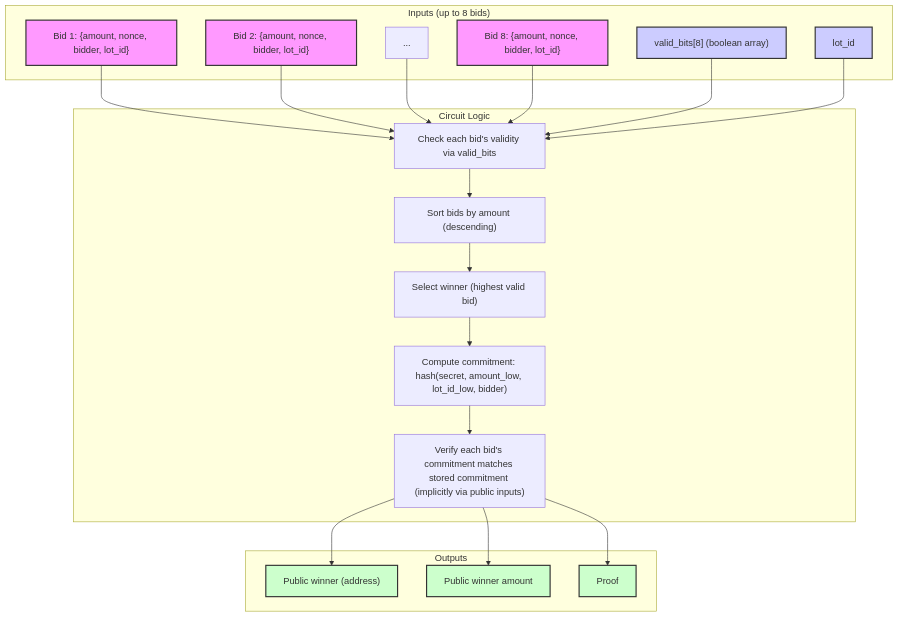
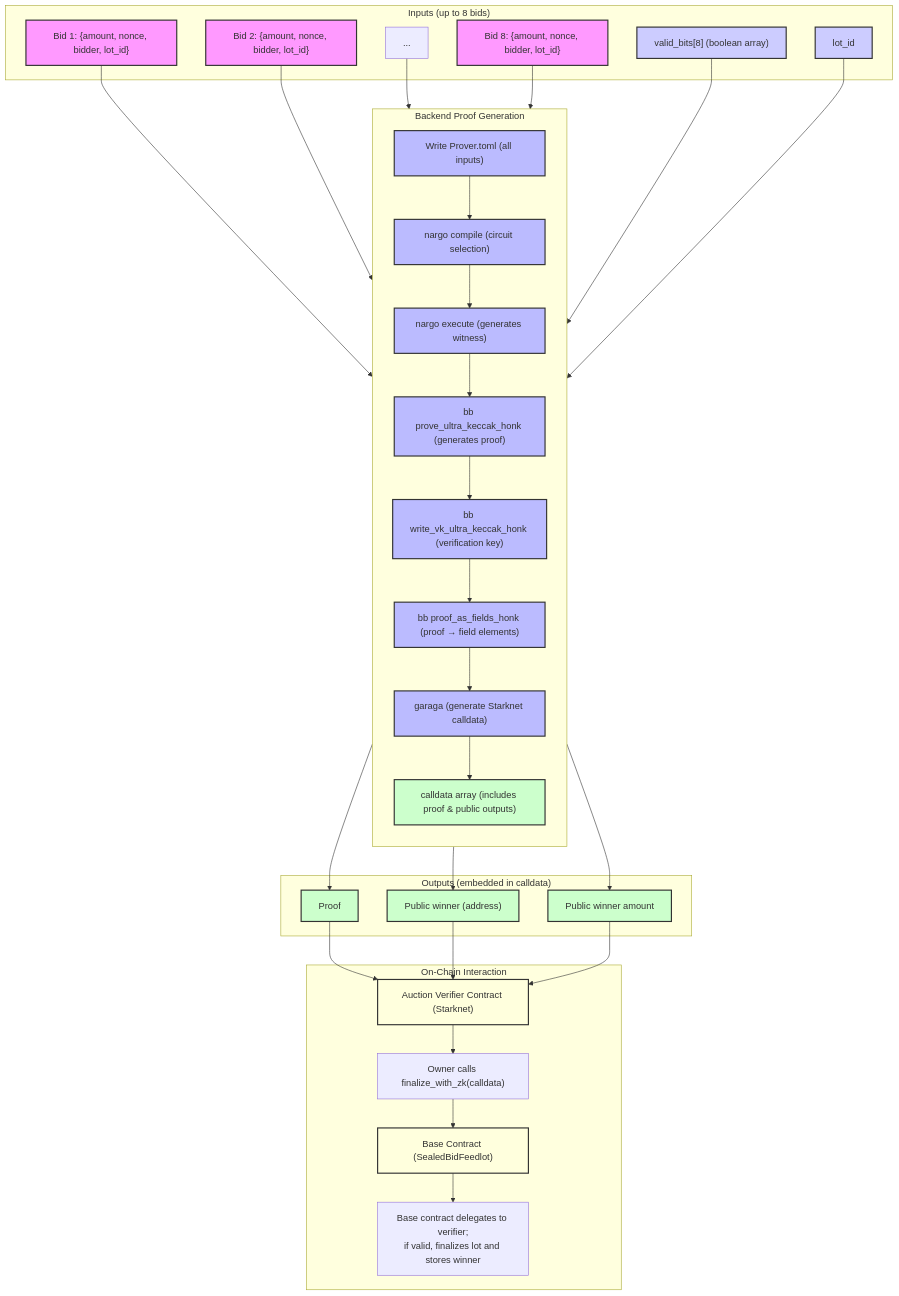
One commit to vices1967-beep/zk-sealed-cattle changed the first of 3 diagrams in README.md. Above: the diagram before and after it, drawn with Mermaid. The commit also changed other lines of this file and 4 other files, not shown here.

First line of the commit message:
docs: update README with circuit diagrams, new deployed contracts, and header image

````diff
--- a/README.md
+++ b/README.md
@@ -225,48 +216,81 @@
 ```mermaid
 graph TD
     subgraph "Inputs (up to 8 bids)"
         B1["Bid 1: {amount, nonce, bidder, lot_id}"]
         B2["Bid 2: {amount, nonce, bidder, lot_id}"]
         B3["..."]
         B8["Bid 8: {amount, nonce, bidder, lot_id}"]
         VB["valid_bits[8] (boolean array)"]
         LID["lot_id"]
     end
 
-    subgraph "Circuit Logic"
-        C["Check each bid's validity via valid_bits"]
-        S["Sort bids by amount (descending)"]
-        W["Select winner (highest valid bid)"]
-        H["Compute commitment: hash(secret, amount_low, lot_id_low, bidder)"]
-        V["Verify each bid's commitment matches stored commitment (implicitly via public inputs)"]
+    subgraph "Backend Proof Generation"
+        direction TB
+        PT["Write Prover.toml (all inputs)"]
+        NC["nargo compile (circuit selection)"]
+        NE["nargo execute (generates witness)"]
+        BP["bb prove_ultra_keccak_honk (generates proof)"]
+        BV["bb write_vk_ultra_keccak_honk (verification key)"]
+        BF["bb proof_as_fields_honk (proof → field elements)"]
+        GAR["garaga (generate Starknet calldata)"]
+        CD["calldata array (includes proof & public outputs)"]
     end
 
-    subgraph "Outputs"
+    subgraph "Outputs (embedded in calldata)"
         PW["Public winner (address)"]
         PA["Public winner amount"]
         P["Proof"]
     end
 
-    B1 --> C
-    B2 --> C
-    B3 --> C
-    B8 --> C
-    VB --> C
-    LID --> C
-    C --> S
-    S --> W
-    W --> H
-    H --> V
-    V --> PW
-    V --> PA
-    V --> P
+    subgraph "On‑Chain Interaction"
+        VC1["Auction Verifier Contract (Starknet)"]
+        BC1["Base Contract (SealedBidFeedlot)"]
+        Call1["Owner calls finalize_with_zk(calldata)"]
+        Update1["Base contract delegates to verifier;<br>if valid, finalizes lot and stores winner"]
+    end
+
+    B1 --> PT
+    B2 --> PT
+    B3 --> PT
+    B8 --> PT
+    VB --> PT
+    LID --> PT
+
+    PT --> NC
+    NC --> NE
+    NE --> BP
+    BP --> BV
+    BV --> BF
+    BF --> GAR
+    GAR --> CD
+
+    CD --> PW
+    CD --> PA
+    CD --> P
+
+    P --> VC1
+    PW --> VC1
+    PA --> VC1
+    VC1 --> Call1
+    Call1 --> BC1
+    BC1 --> Update1
 
     style B1 fill:#f9f,stroke:#333,stroke-width:2px
     style B2 fill:#f9f,stroke:#333,stroke-width:2px
     style B8 fill:#f9f,stroke:#333,stroke-width:2px
     style VB fill:#ccf,stroke:#333,stroke-width:2px
     style LID fill:#ccf,stroke:#333,stroke-width:2px
+    style PT fill:#bbf,stroke:#333,stroke-width:2px
+    style NC fill:#bbf,stroke:#333,stroke-width:2px
+    style NE fill:#bbf,stroke:#333,stroke-width:2px
+    style BP fill:#bbf,stroke:#333,stroke-width:2px
+    style BV fill:#bbf,stroke:#333,stroke-width:2px
+    style BF fill:#bbf,stroke:#333,stroke-width:2px
+    style GAR fill:#bbf,stroke:#333,stroke-width:2px
+    style CD fill:#cfc,stroke:#333,stroke-width:2px
     style PW fill:#cfc,stroke:#333,stroke-width:2px
     style PA fill:#cfc,stroke:#333,stroke-width:2px
     style P fill:#cfc,stroke:#333,stroke-width:2px
+    style VC1 fill:#ffd,stroke:#333,stroke-width:2px
+    style BC1 fill:#ffd,stroke:#333,stroke-width:2px
 ```
````
